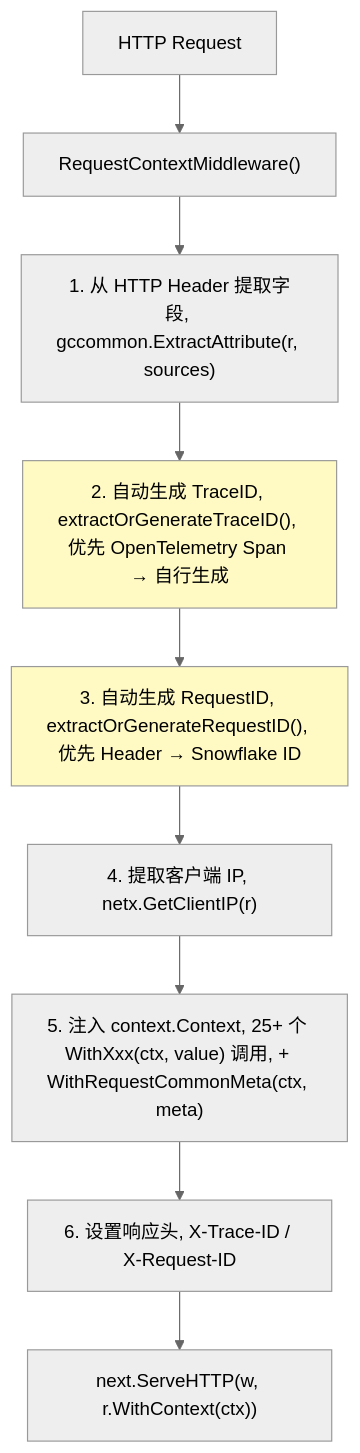
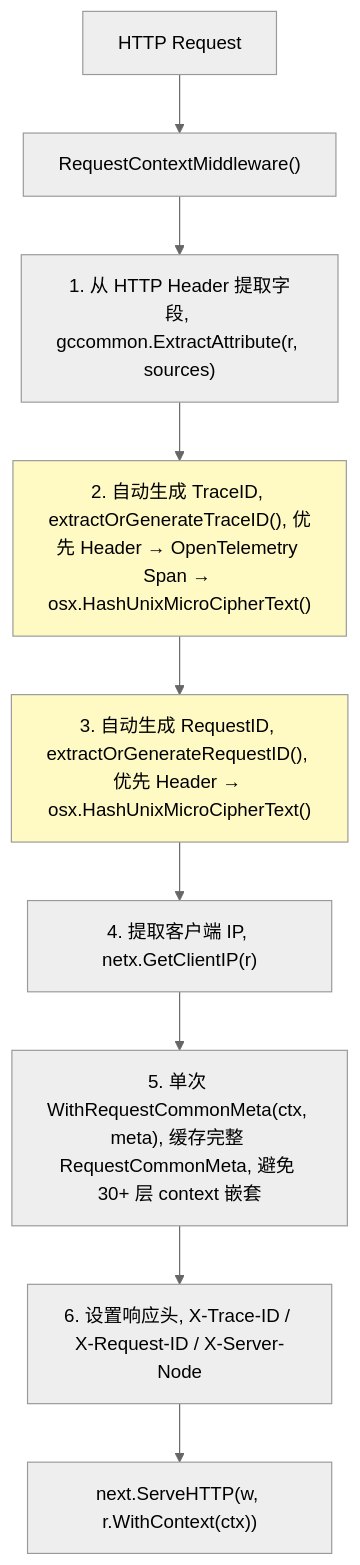
Before and after one commit to kamalyes/go-rpc-gateway: the third of 6 diagrams in docs/REQUEST-CONTEXT.md, drawn with Mermaid (neutral theme). The commit also changed other lines of this file and 20 other files, not shown here.

````diff
--- a/docs/REQUEST-CONTEXT.md
+++ b/docs/REQUEST-CONTEXT.md
@@ -198,15 +211,15 @@
 ```mermaid
 flowchart TD
     REQ["HTTP Request"] --> MW["RequestContextMiddleware()"]
 
     MW --> STEP1["1. 从 HTTP Header 提取字段, gccommon.ExtractAttribute(r, sources)"]
-    STEP1 --> STEP2["2. 自动生成 TraceID, extractOrGenerateTraceID(), 优先 OpenTelemetry Span → 自行生成"]
-    STEP2 --> STEP3["3. 自动生成 RequestID, extractOrGenerateRequestID(), 优先 Header → Snowflake ID"]
+    STEP1 --> STEP2["2. 自动生成 TraceID, extractOrGenerateTraceID(), 优先 Header → OpenTelemetry Span → osx.HashUnixMicroCipherText()"]
+    STEP2 --> STEP3["3. 自动生成 RequestID, extractOrGenerateRequestID(), 优先 Header → osx.HashUnixMicroCipherText()"]
     STEP3 --> STEP4["4. 提取客户端 IP, netx.GetClientIP(r)"]
-    STEP4 --> STEP5["5. 注入 context.Context, 25+ 个 WithXxx(ctx, value) 调用, + WithRequestCommonMeta(ctx, meta)"]
-    STEP5 --> STEP6["6. 设置响应头, X-Trace-ID / X-Request-ID"]
+    STEP4 --> STEP5["5. 单次 WithRequestCommonMeta(ctx, meta), 缓存完整 RequestCommonMeta, 避免 30+ 层 context 嵌套"]
+    STEP5 --> STEP6["6. 设置响应头, X-Trace-ID / X-Request-ID / X-Server-Node"]
     STEP6 --> NEXT["next.ServeHTTP(w, r.WithContext(ctx))"]
 
     style STEP2 fill:#fff9c4
     style STEP3 fill:#fff9c4
 ```
````
